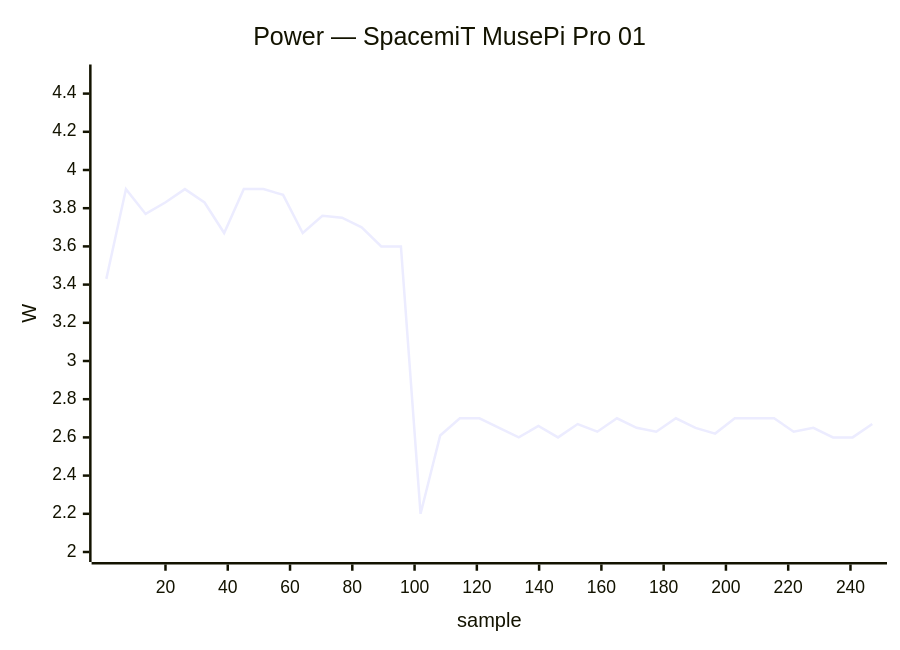
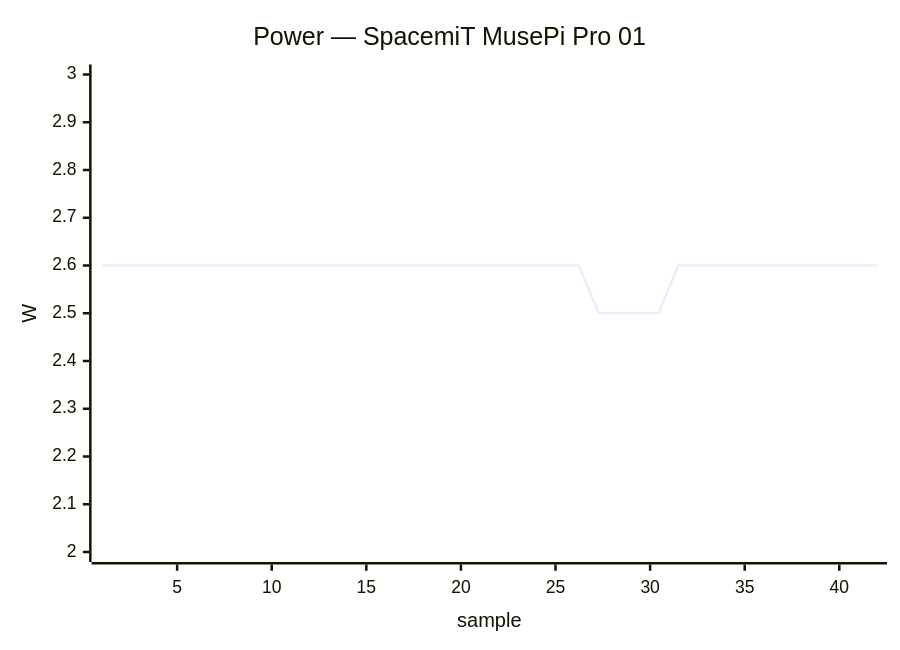
One commit to armbian/documentation changed the seventh of 39 diagrams in docs/status/board-tests.md. Above: the diagram before and after it, drawn with Mermaid. The commit also changed other lines of this file, not shown here.

````diff
--- a/docs/status/board-tests.md
+++ b/docs/status/board-tests.md
@@ -308,7 +241,7 @@
 ```mermaid
 xychart-beta
     title "Power — SpacemiT MusePi Pro 01"
-    x-axis "sample" 1 --> 247
-    y-axis "W" 2.0 --> 4.5
-    line [3.43, 3.90, 3.77, 3.83, 3.90, 3.83, 3.67, 3.90, 3.90, 3.87, 3.67, 3.76, 3.75, 3.70, 3.60, 3.60, 2.20, 2.61, 2.70, 2.70, 2.65, 2.60, 2.66, 2.60, 2.67, 2.63, 2.70, 2.65, 2.63, 2.70, 2.65, 2.62, 2.70, 2.70, 2.70, 2.63, 2.65, 2.60, 2.60, 2.67]
+    x-axis "sample" 1 --> 42
+    y-axis "W" 2.0 --> 3.0
+    line [2.60, 2.60, 2.60, 2.60, 2.60, 2.60, 2.60, 2.60, 2.60, 2.60, 2.60, 2.60, 2.60, 2.60, 2.60, 2.60, 2.60, 2.60, 2.60, 2.60, 2.60, 2.60, 2.60, 2.60, 2.60, 2.50, 2.50, 2.50, 2.50, 2.60, 2.60, 2.60, 2.60, 2.60, 2.60, 2.60, 2.60, 2.60, 2.60, 2.60]
 ```
````
